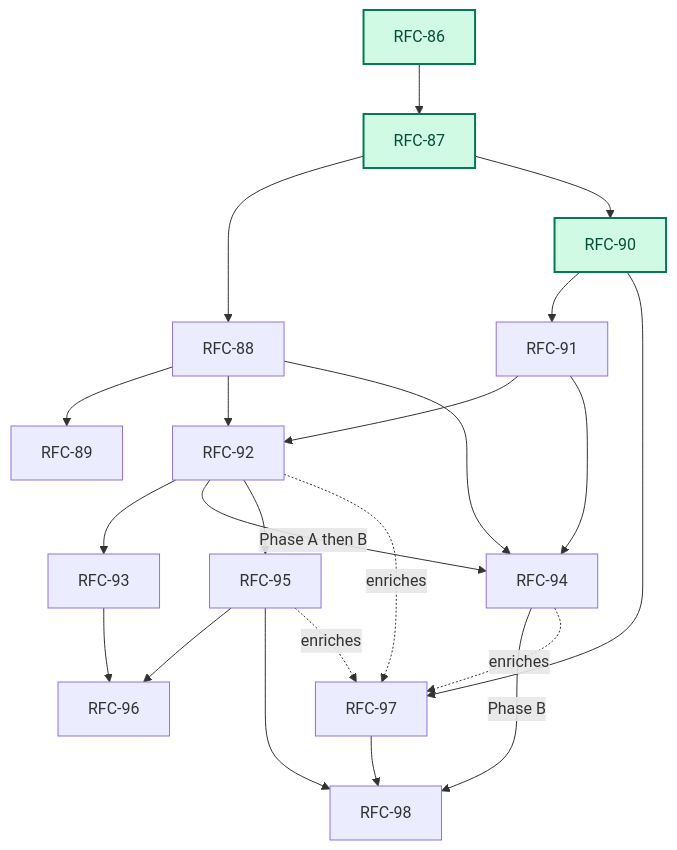
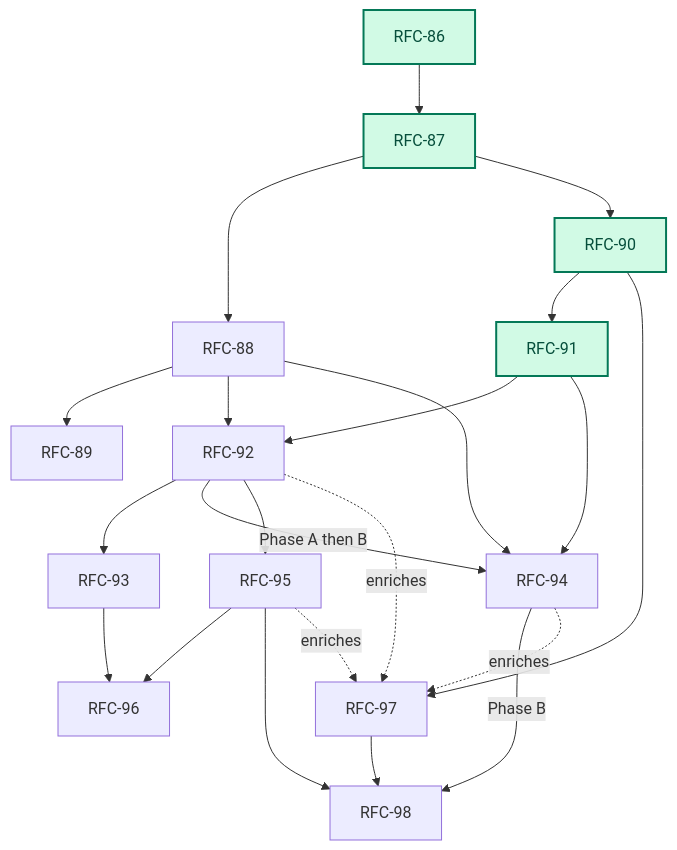
Before and after one commit to augentic/anvil: the diagram in rfcs/platform.md, drawn with Mermaid. The commit also changed other lines of this file and 202 other files, not shown here.

````diff
--- a/rfcs/platform.md
+++ b/rfcs/platform.md
@@ -31,27 +23,27 @@
 ```mermaid
 flowchart TD
     R86[RFC-86] --> R87[RFC-87]
     R87 --> R88[RFC-88]
     R87 --> R90[RFC-90]
     R88 --> R89[RFC-89]
     R88 --> R92[RFC-92]
     R90 --> R91[RFC-91]
     R91 --> R92
     R92 --> R93[RFC-93]
     R88 --> R94[RFC-94]
     R91 --> R94
     R92 -->|Phase A then B| R94
     R92 --> R95[RFC-95]
     R90 --> R97[RFC-97]
     R93 --> R96[RFC-96]
     R95 --> R96
     R94 -->|Phase B| R98[RFC-98]
     R95 --> R98
     R97 --> R98
     R92 -. enriches .-> R97
     R94 -. enriches .-> R97
     R95 -. enriches .-> R97
 
     classDef implemented fill:#d1fae5,stroke:#047857,color:#064e3b,stroke-width:2px
-    class R86,R87,R90 implemented
+    class R86,R87,R90,R91 implemented
 ```
````
